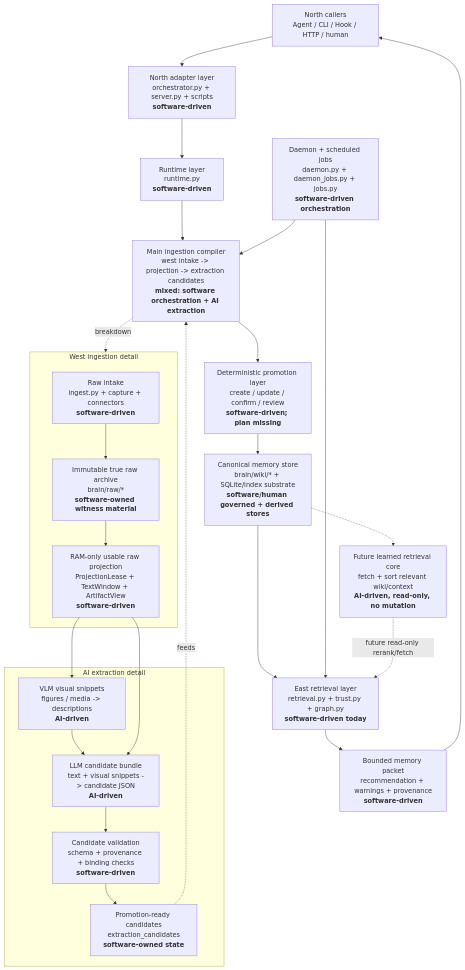
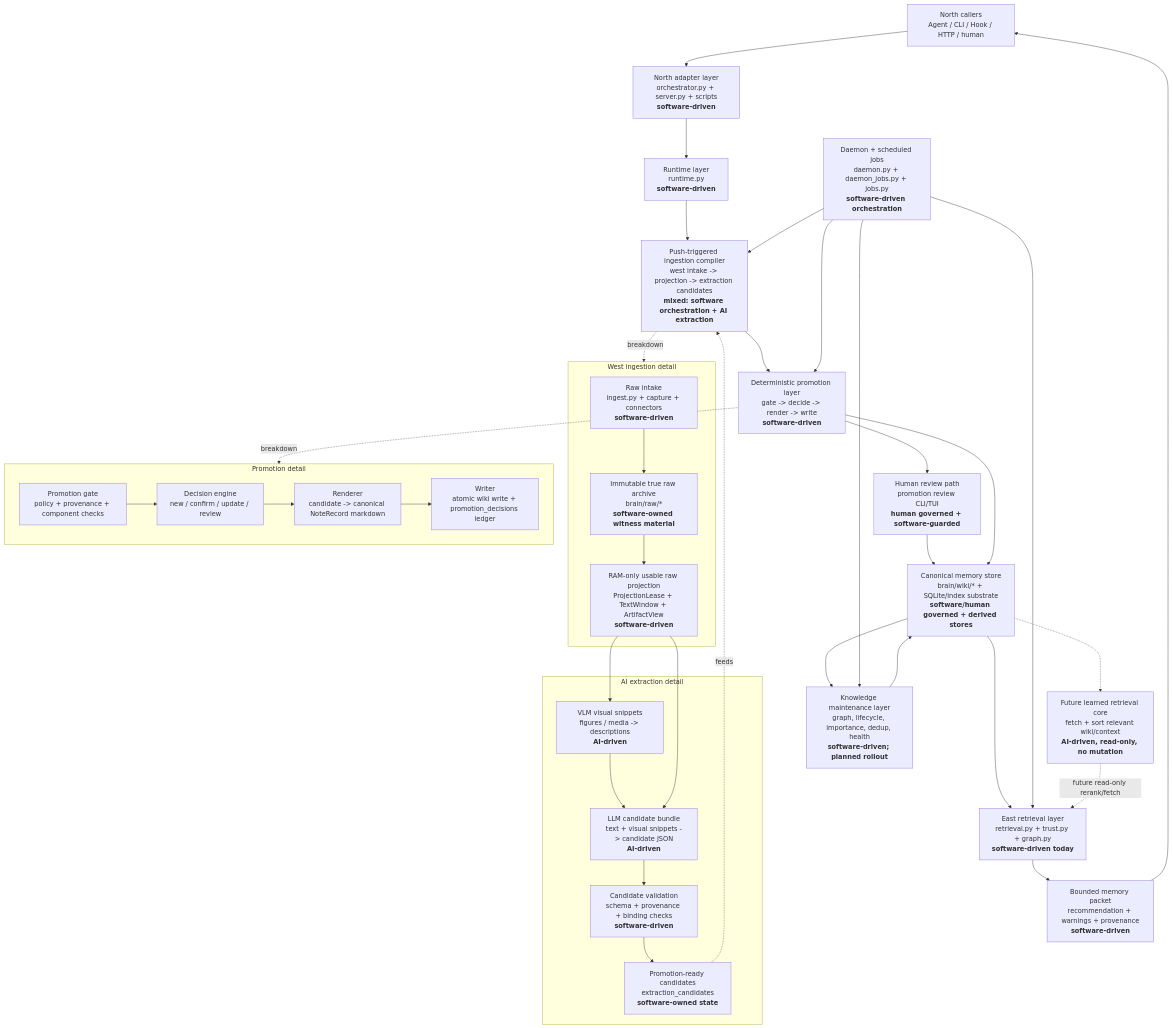
The diagram in brain/system/architecture.md (Jianyu010/MnemonicOS), drawn with Mermaid before and after one commit. The commit also changed other lines of this file and 71 other files, not shown here.

Commit message:
Resolve intra-source relations by candidate index

````diff
--- a/brain/system/architecture.md
+++ b/brain/system/architecture.md
@@ -19,37 +19,52 @@
 ```mermaid
 flowchart TD
     A["North callers<br/>Agent / CLI / Hook / HTTP / human"] --> B["North adapter layer<br/>orchestrator.py + server.py + scripts<br/><b>software-driven</b>"]
     B --> C["Runtime layer<br/>runtime.py<br/><b>software-driven</b>"]
-    C --> D["Main ingestion compiler<br/>west intake -> projection -> extraction candidates<br/><b>mixed: software orchestration + AI extraction</b>"]
-    D --> E["Deterministic promotion layer<br/>create / update / confirm / review<br/><b>software-driven; plan missing</b>"]
-    E --> F["Canonical memory store<br/>brain/wiki/* + SQLite/index substrate<br/><b>software/human governed + derived stores</b>"]
+    C --> D["Push-triggered ingestion compiler<br/>west intake -> projection -> extraction candidates<br/><b>mixed: software orchestration + AI extraction</b>"]
+    D --> E["Deterministic promotion layer<br/>gate -> decide -> render -> write<br/><b>software-driven</b>"]
+    E --> R["Human review path<br/>promotion review CLI/TUI<br/><b>human governed + software-guarded</b>"]
+    R --> F["Canonical memory store<br/>brain/wiki/* + SQLite/index substrate<br/><b>software/human governed + derived stores</b>"]
+    E --> F
+    F --> M["Knowledge maintenance layer<br/>graph, lifecycle, importance, dedup, health<br/><b>software-driven; planned rollout</b>"]
+    M --> F
     F --> G["East retrieval layer<br/>retrieval.py + trust.py + graph.py<br/><b>software-driven today</b>"]
     G --> H["Bounded memory packet<br/>recommendation + warnings + provenance<br/><b>software-driven</b>"]
     H --> A
 
     subgraph W["West ingestion detail"]
         W1["Raw intake<br/>ingest.py + capture + connectors<br/><b>software-driven</b>"]
         W2["Immutable true raw archive<br/>brain/raw/*<br/><b>software-owned witness material</b>"]
         W3["RAM-only usable raw projection<br/>ProjectionLease + TextWindow + ArtifactView<br/><b>software-driven</b>"]
         W1 --> W2 --> W3
     end
 
     subgraph X["AI extraction detail"]
         X1["VLM visual snippets<br/>figures / media -> descriptions<br/><b>AI-driven</b>"]
         X2["LLM candidate bundle<br/>text + visual snippets -> candidate JSON<br/><b>AI-driven</b>"]
         X3["Candidate validation<br/>schema + provenance + binding checks<br/><b>software-driven</b>"]
         X4["Promotion-ready candidates<br/>extraction_candidates<br/><b>software-owned state</b>"]
         X1 --> X2 --> X3 --> X4
     end
 
+    subgraph P["Promotion detail"]
+        P1["Promotion gate<br/>policy + provenance + component checks"]
+        P2["Decision engine<br/>new / confirm / update / review"]
+        P3["Renderer<br/>candidate -> canonical NoteRecord markdown"]
+        P4["Writer<br/>atomic wiki write + promotion_decisions ledger"]
+        P1 --> P2 --> P3 --> P4
+    end
+
     D -.->|breakdown| W
     W3 --> X1
     W3 --> X2
     X4 -.->|feeds| D
+    E -.->|breakdown| P
 
     I["Daemon + scheduled jobs<br/>daemon.py + daemon_jobs.py + jobs.py<br/><b>software-driven orchestration</b>"] --> D
+    I --> E
+    I --> M
     I --> G
 
     Q["Future learned retrieval core<br/>fetch + sort relevant wiki/context<br/><b>AI-driven, read-only, no mutation</b>"] -.->|future read-only rerank/fetch| G
     F -.-> Q
 ```
````
